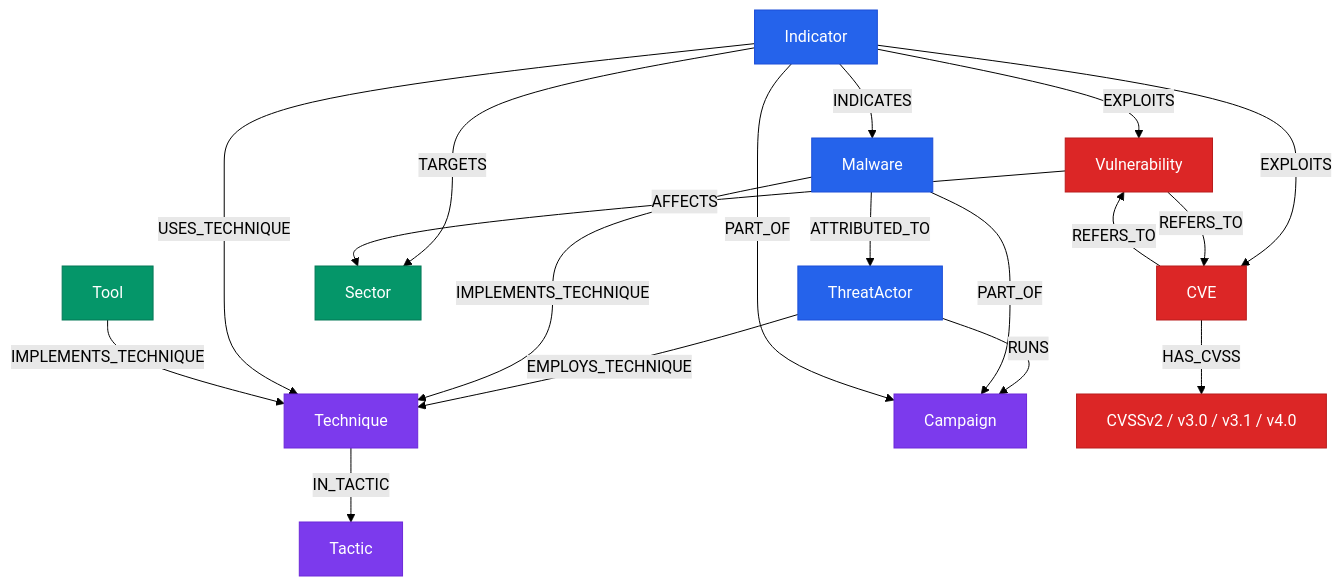
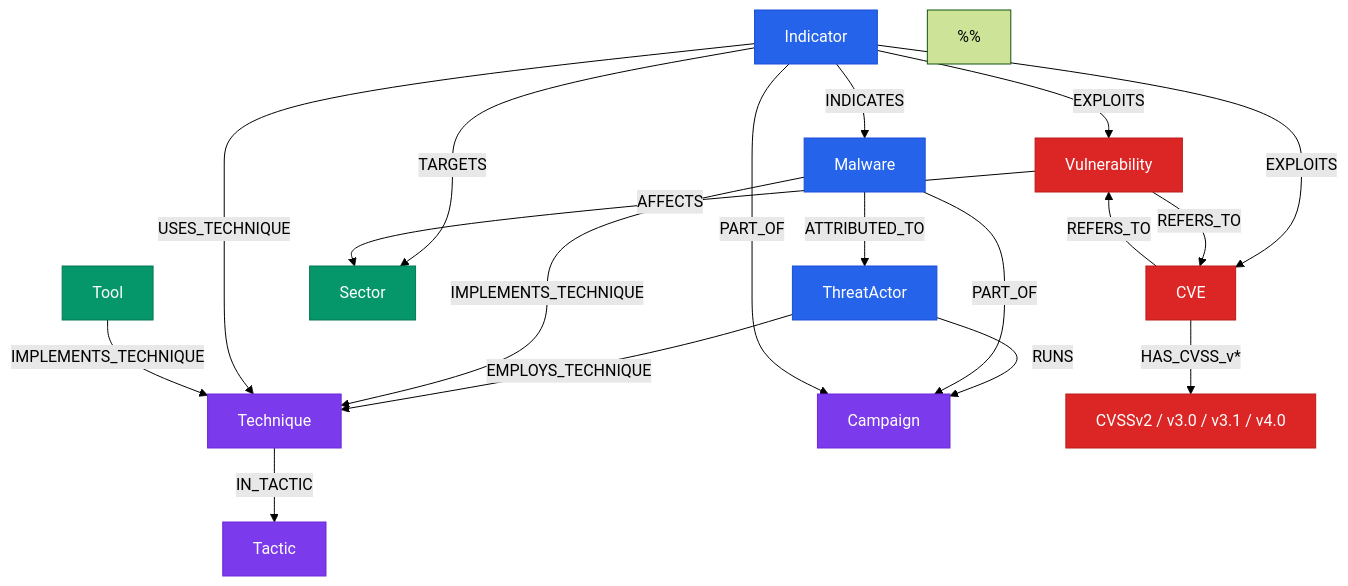
The third of 8 diagrams in docs/ARCHITECTURE_DIAGRAMS.md (Kopanov/EdgeGuard-Knowledge-Graph), drawn with Mermaid (forest theme) before and after one commit. The commit also changed other lines of this file and 2 other files, not shown here.

First line of the commit message:
docs(audit): PR-N34 — ARCHITECTURE_DIAGRAMS verification + 6 drift fixes (#115)

````diff
--- a/docs/ARCHITECTURE_DIAGRAMS.md
+++ b/docs/ARCHITECTURE_DIAGRAMS.md
@@ -114,36 +114,48 @@
 ```mermaid
 graph TB
     TA[ThreatActor] -->|EMPLOYS_TECHNIQUE| T[Technique]
     TA -->|RUNS| CAMP[Campaign]
     M[Malware] -->|IMPLEMENTS_TECHNIQUE| T
     M -->|ATTRIBUTED_TO| TA
     M -->|PART_OF| CAMP
     I[Indicator] -->|INDICATES| M
     I -->|EXPLOITS| V[Vulnerability]
     I -->|EXPLOITS| CVE[CVE]
     I -->|TARGETS| S[Sector]
     I -->|USES_TECHNIQUE| T
     I -->|PART_OF| CAMP
     V -->|AFFECTS| S
     V -->|REFERS_TO| CVE
     CVE -->|REFERS_TO| V
-    CVE -->|HAS_CVSS| CVSS[CVSSv2 / v3.0 / v3.1 / v4.0]
+    CVE -->|HAS_CVSS_v*| CVSS[CVSSv2 / v3.0 / v3.1 / v4.0]
     T -->|IN_TACTIC| TAC[Tactic]
     TOOL[Tool] -->|IMPLEMENTS_TECHNIQUE| T
 
     %% Edge legend:
     %%   EMPLOYS_TECHNIQUE    = attribution  (who is doing the TTP)
     %%   IMPLEMENTS_TECHNIQUE = capability   (what the code/tool can do)
     %%   USES_TECHNIQUE       = observation  (indicator observed tied to a TTP)
     %% Split from a generic USES edge in the 2026-04 refactor.
+    %%
+    %% HAS_CVSS_v* expands to four concrete edge types written by
+    %% _merge_cvss_node inside merge_cve(): HAS_CVSS_v2, HAS_CVSS_v30,
+    %% HAS_CVSS_v31, HAS_CVSS_v40 (per neo4j_client.py — note the
+    %% underscore + lowercase v + version).
+    %%
+    %% PR-N26 (2026-04-23): the four edge types created by
+    %% build_relationships.py — INDICATES, EXPLOITS, TARGETS, AFFECTS —
+    %% additionally carry r.misp_event_ids[] for per-edge MISP-event
+    %% provenance (intersection of the endpoint nodes' arrays). Backfill
+    %% via scripts/backfill_edge_misp_event_ids.py for graphs that
+    %% pre-date PR-N26.
 
     classDef core fill:#2563eb,stroke:#1d4ed8,color:#fff
     classDef vuln fill:#dc2626,stroke:#b91c1c,color:#fff
     classDef infra fill:#059669,stroke:#047857,color:#fff
     classDef enriched fill:#7c3aed,stroke:#6d28d9,color:#fff
 
     class TA,M,I core
     class V,CVE,CVSS vuln
     class S,TOOL infra
     class CAMP,T,TAC enriched
 ```
````
